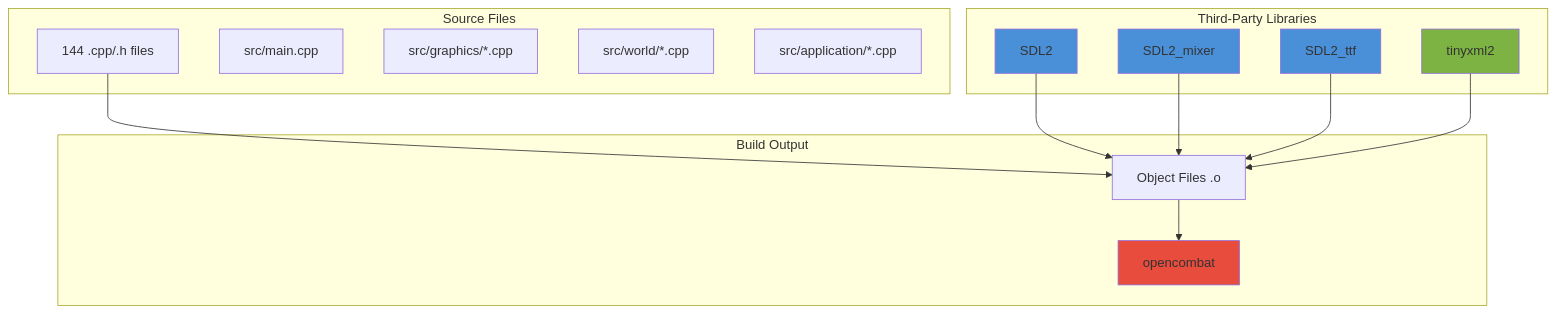
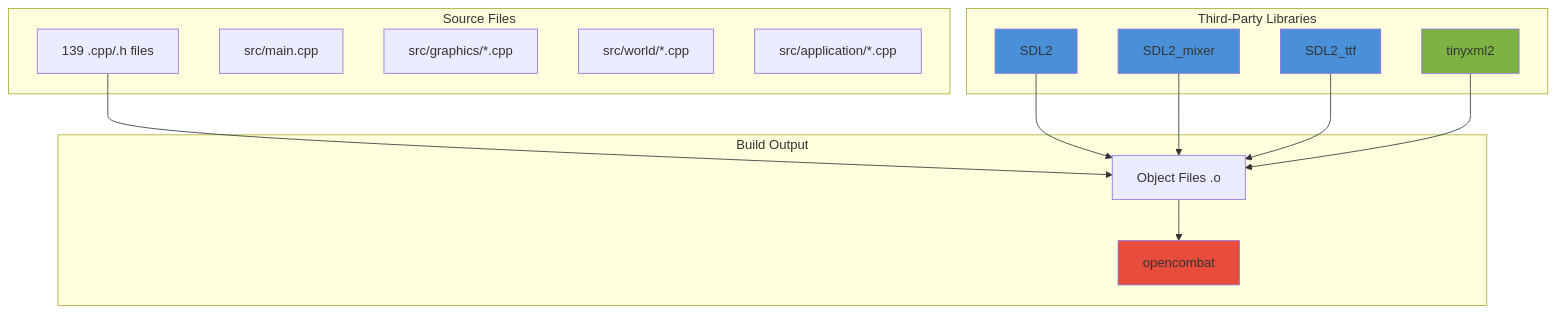
The first of 5 diagrams in docs/chapters/10-build-system.md (jukofyork/OpenCombat-SDL), drawn with Mermaid before and after one commit. The commit also changed other lines of this file and 7 other files, not shown here.

````diff
--- a/docs/chapters/10-build-system.md
+++ b/docs/chapters/10-build-system.md
@@ -26,35 +26,35 @@
 ```mermaid
 flowchart TD
     subgraph "Source Files"
-        SRC[144 .cpp/.h files]
+        SRC[139 .cpp/.h files]
         SRC_MAIN[src/main.cpp]
         SRC_GFX[src/graphics/*.cpp]
         SRC_WORLD[src/world/*.cpp]
         SRC_APP[src/application/*.cpp]
     end
 
     subgraph "Third-Party Libraries"
         SDL2[SDL2]
         SDL2_MIX[SDL2_mixer]
         SDL2_TTF[SDL2_ttf]
         XML[tinyxml2]
     end
 
     subgraph "Build Output"
         OBJ[Object Files .o]
         EXE[opencombat]
     end
 
     SRC --> OBJ
     SDL2 --> OBJ
     SDL2_MIX --> OBJ
     SDL2_TTF --> OBJ
     XML --> OBJ
     OBJ --> EXE
 
     style SDL2 fill:#4a90d9
     style SDL2_MIX fill:#4a90d9
     style SDL2_TTF fill:#4a90d9
     style XML fill:#7cb342
     style EXE fill:#e74c3c
 ```
````
